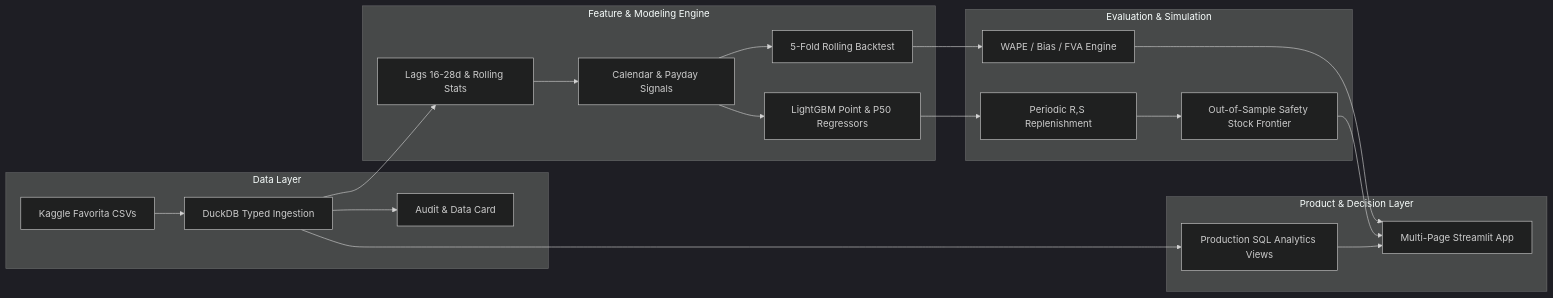
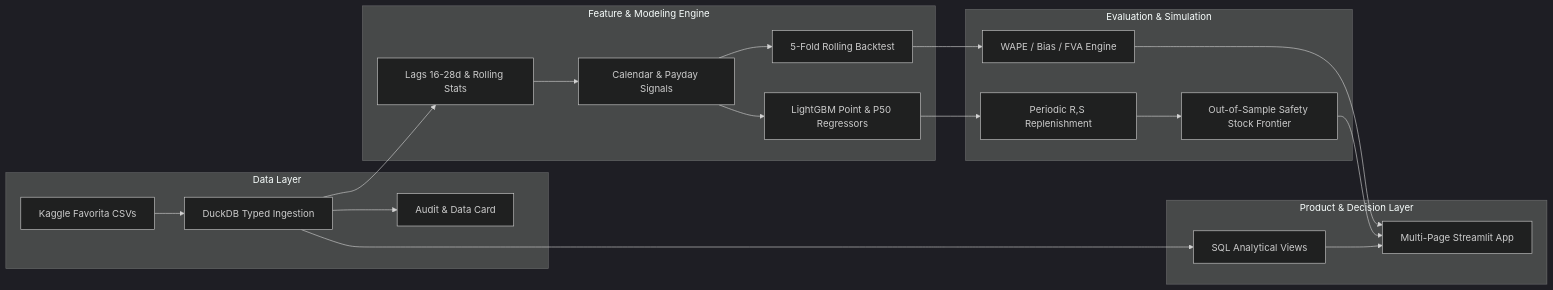
Before and after one commit to lazycoder52/grocery-demand-planner: the diagram in README.md, drawn with Mermaid (dark theme). The commit also changed other lines of this file and 16 other files, not shown here.

````diff
--- a/README.md
+++ b/README.md
@@ -89,27 +103,27 @@
 ```mermaid
 graph LR
     subgraph Data Layer
         A[Kaggle Favorita CSVs] --> B[DuckDB Typed Ingestion]
         B --> C[Audit & Data Card]
     end
 
     subgraph Feature & Modeling Engine
         B --> D[Lags 16-28d & Rolling Stats]
         D --> E[Calendar & Payday Signals]
         E --> F[5-Fold Rolling Backtest]
         E --> G[LightGBM Point & P50 Regressors]
     end
 
     subgraph Evaluation & Simulation
         F --> H[WAPE / Bias / FVA Engine]
         G --> I[Periodic R,S Replenishment]
         I --> J[Out-of-Sample Safety Stock Frontier]
     end
 
     subgraph Product & Decision Layer
         H --> K[Multi-Page Streamlit App]
         J --> K
-        B --> L[Production SQL Analytics Views]
+        B --> L[SQL Analytical Views]
         L --> K
     end
 ```
````
